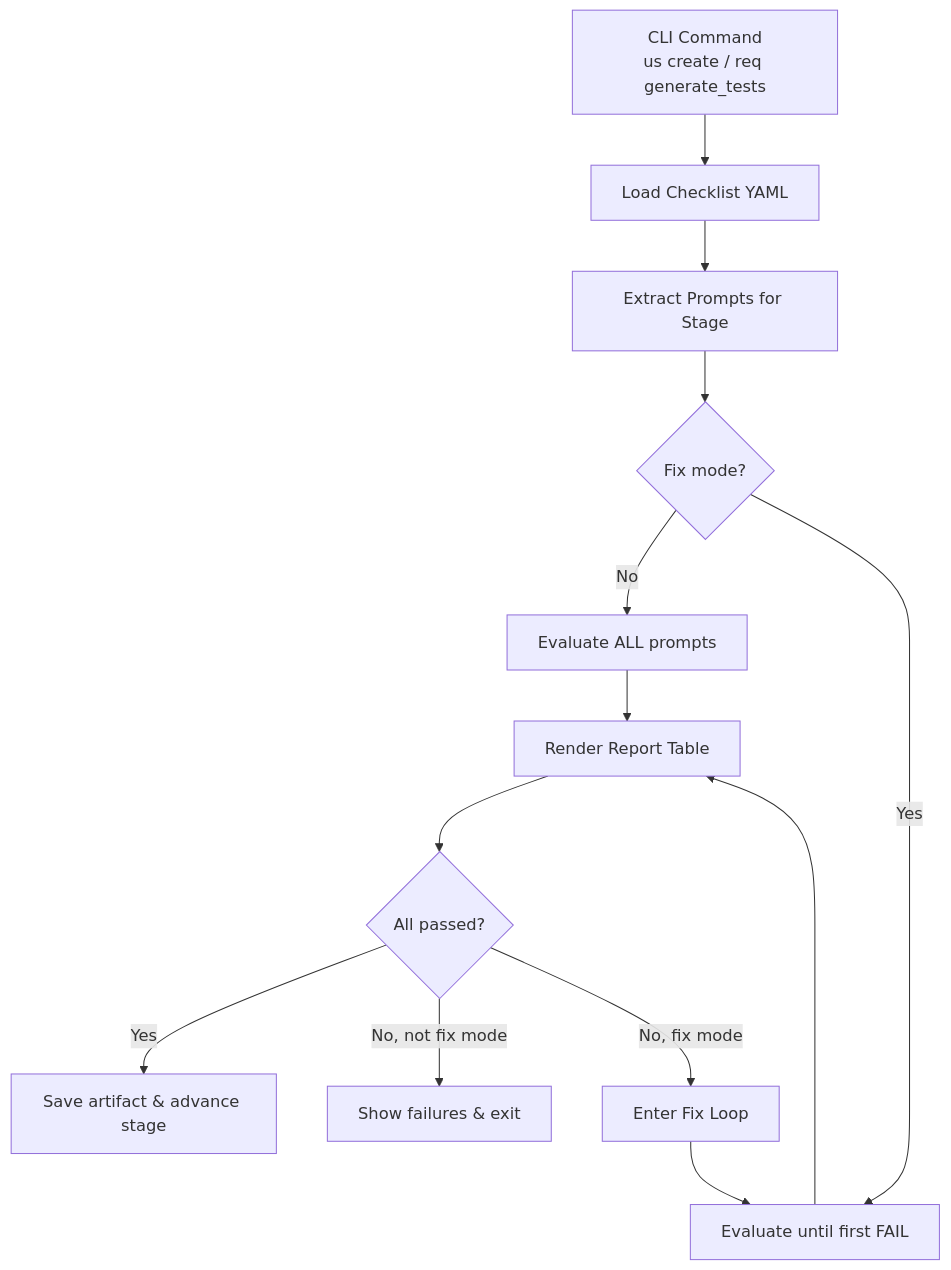
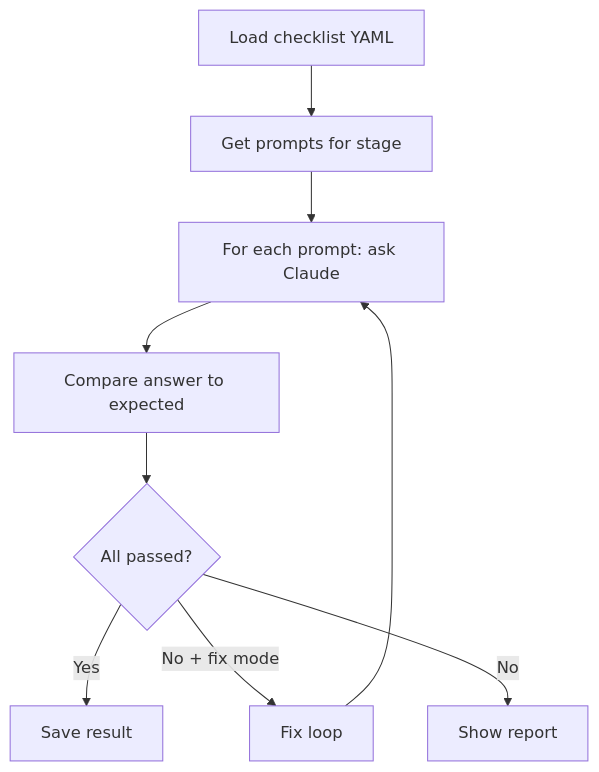
Before and after one commit to ondatra-ai/awesome-claude-mcp: the first of 2 diagrams in scripts/bmad-cli/checklist-validation.md, drawn with Mermaid. The commit also changed other lines of this file, not shown here.

First line of the commit message:
docs: simplify checklist validation doc with plain language and cleaner diagrams

````diff
--- a/scripts/bmad-cli/checklist-validation.md
+++ b/scripts/bmad-cli/checklist-validation.md
@@ -51,15 +47,11 @@
 ```mermaid
 flowchart TD
-    A[CLI Command<br>us create / req generate_tests] --> B[Load Checklist YAML]
-    B --> C[Extract Prompts for Stage]
-    C --> D{Fix mode?}
-    D -->|No| E[Evaluate ALL prompts]
-    D -->|Yes| F[Evaluate until first FAIL]
-    E --> G[Render Report Table]
-    F --> G
-    G --> H{All passed?}
-    H -->|Yes| I[Save artifact & advance stage]
-    H -->|No, not fix mode| J[Show failures & exit]
-    H -->|No, fix mode| K[Enter Fix Loop]
-    K --> F
+    A[Load checklist YAML] --> B[Get prompts for stage]
+    B --> C[For each prompt: ask Claude]
+    C --> D[Compare answer to expected]
+    D --> E{All passed?}
+    E -->|Yes| F[Save result]
+    E -->|No + fix mode| G[Fix loop]
+    E -->|No| H[Show report]
+    G --> C
 ```
````
